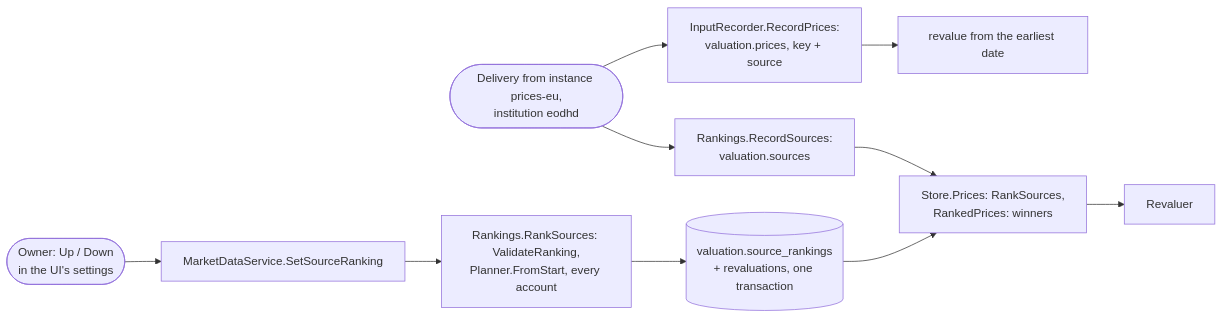
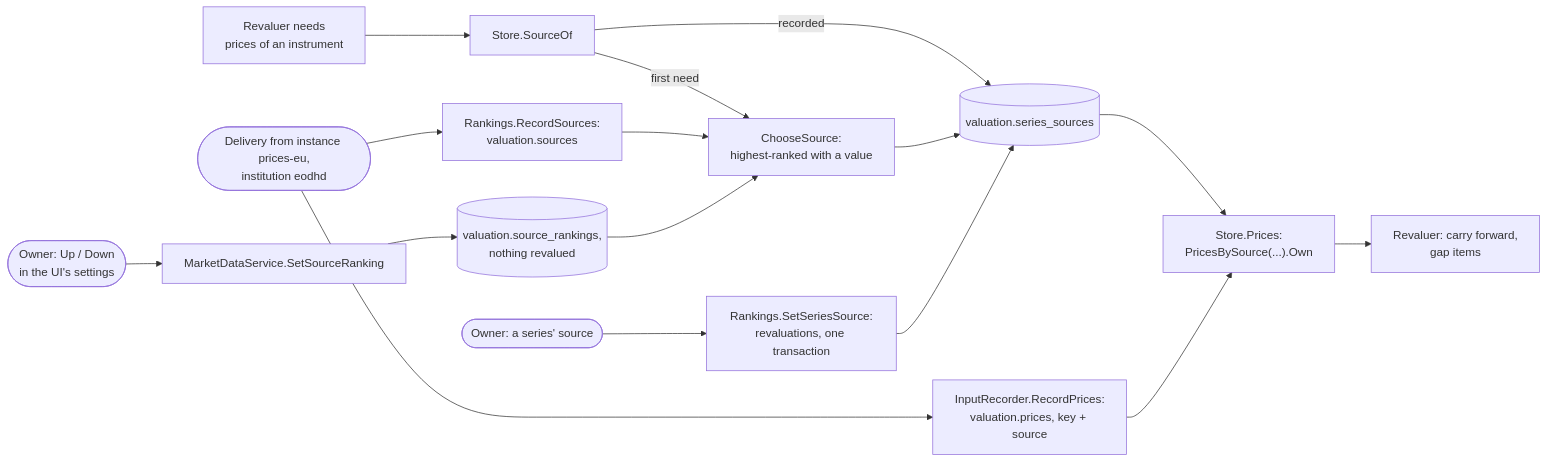
The second of 7 diagrams in docs/concepts/valuation.md (arkadiuss/openfief), drawn with Mermaid before and after one commit. The commit also changed other lines of this file and 213 other files, not shown here.

First line of the commit message:
feat(valuation): one source per market-data series (D-94, D-124)

````diff
--- a/docs/concepts/valuation.md
+++ b/docs/concepts/valuation.md
@@ -165,12 +170,18 @@
 ```mermaid
 flowchart LR
   d(["Delivery from instance prices-eu,<br/>institution eodhd"]) --> s["Rankings.RecordSources:<br/>valuation.sources"]
   d --> p["InputRecorder.RecordPrices:<br/>valuation.prices, key + source"]
-  p --> q["revalue from the earliest date"]
   o(["Owner: Up / Down<br/>in the UI's settings"]) --> m["MarketDataService.SetSourceRanking"]
-  m --> r["Rankings.RankSources: ValidateRanking,<br/>Planner.FromStart, every account"]
-  r --> t[("valuation.source_rankings<br/>+ revaluations, one transaction")]
-  s --> w["Store.Prices: RankSources,<br/>RankedPrices: winners"]
-  t --> w
-  w --> v["Revaluer"]
+  m --> t[("valuation.source_rankings,<br/>nothing revalued")]
+  r["Revaluer needs<br/>prices of an instrument"] --> so["Store.SourceOf"]
+  so -- "recorded" --> ss[("valuation.series_sources")]
+  so -- "first need" --> c["ChooseSource:<br/>highest-ranked with a value"]
+  s --> c
+  t --> c
+  c --> ss
+  ow(["Owner: a series' source"]) --> sss["Rankings.SetSeriesSource:<br/>revaluations, one transaction"]
+  sss --> ss
+  ss --> w["Store.Prices:<br/>PricesBySource(...).Own"]
+  p --> w
+  w --> v["Revaluer: carry forward,<br/>gap items"]
 ```
````
